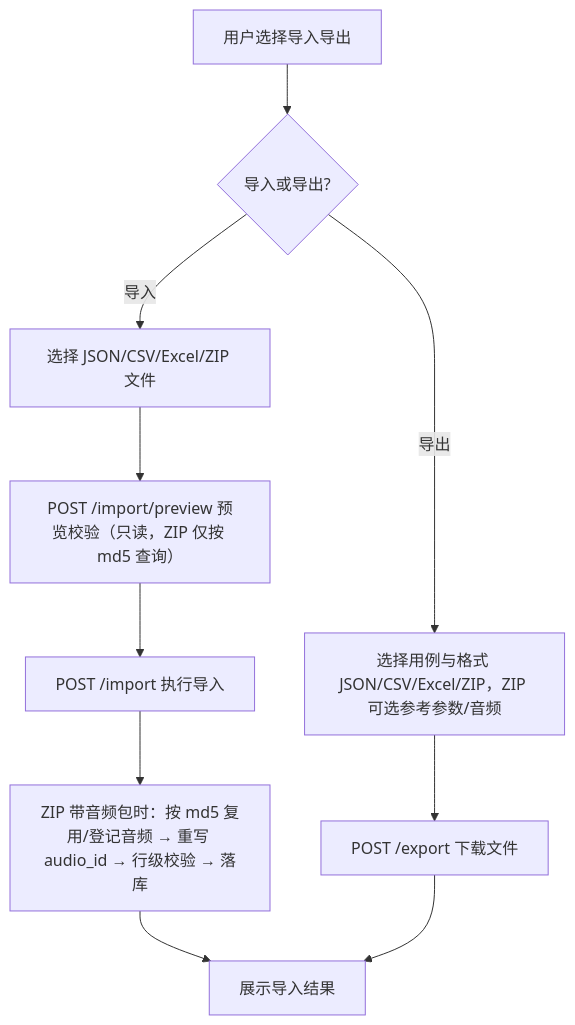
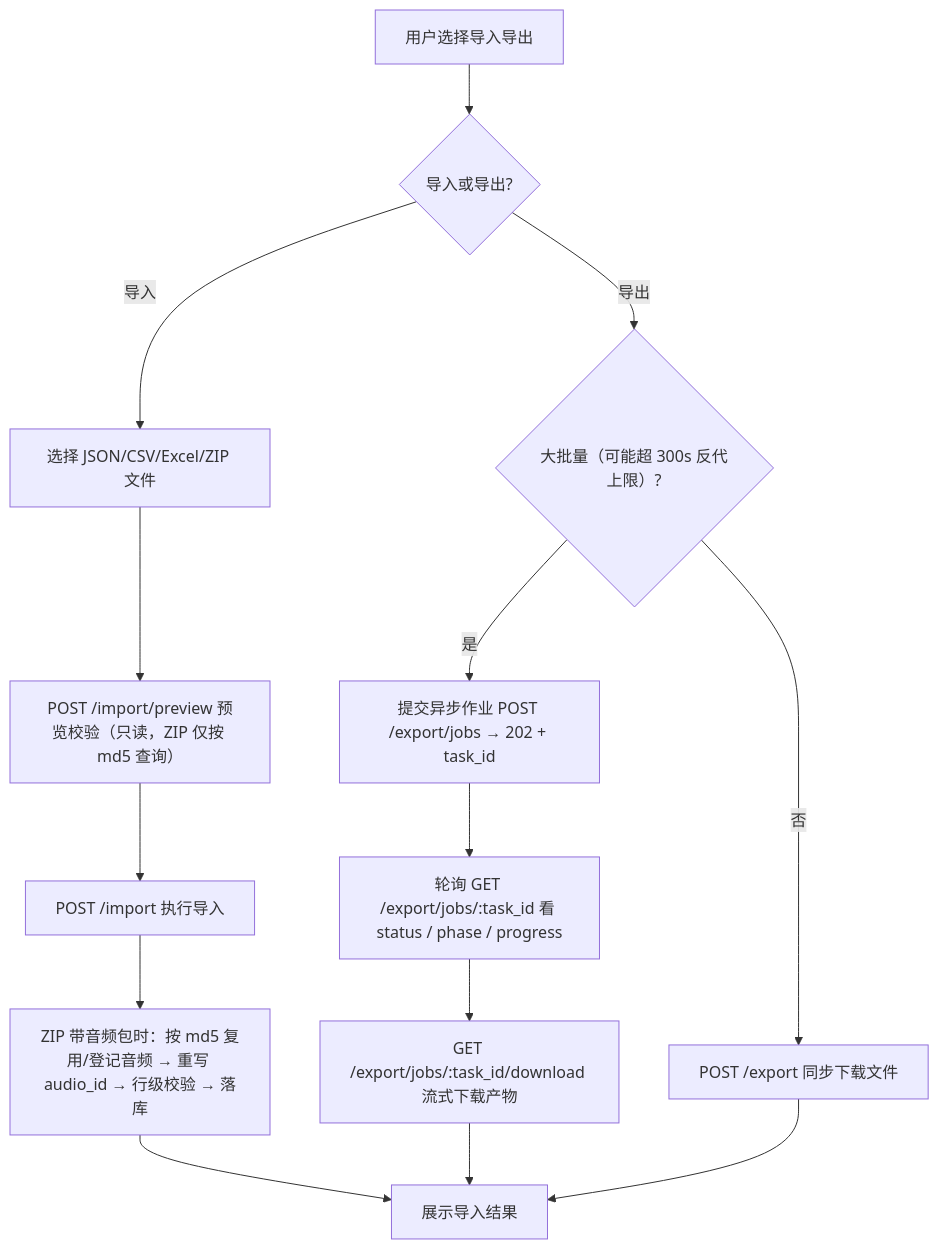
The third of 4 diagrams in Intelligent-Audio-TEST/doc/功能设计文档/07_用例管理/用例管理功能设计文档.md (ydz-auto/intelligent_audio_test), drawn with Mermaid before and after one commit. The commit also changed other lines of this file, not shown here.

````diff
--- a/Intelligent-Audio-TEST/doc/功能设计文档/07_用例管理/用例管理功能设计文档.md
+++ b/Intelligent-Audio-TEST/doc/功能设计文档/07_用例管理/用例管理功能设计文档.md
@@ -517,12 +531,16 @@
 ```mermaid
 flowchart TD
     A[用户选择导入导出] --> B{导入或导出?}
     B -->|导入| C[选择 JSON/CSV/Excel/ZIP 文件]
     C --> D[POST /import/preview 预览校验（只读，ZIP 仅按 md5 查询）]
     D --> E[POST /import 执行导入]
     E --> E2[ZIP 带音频包时：按 md5 复用/登记音频 → 重写 audio_id → 行级校验 → 落库]
     E2 --> I[展示导入结果]
-    B -->|导出| F[选择用例与格式 JSON/CSV/Excel/ZIP，ZIP 可选参考参数/音频]
-    F --> G[POST /export 下载文件]
+    B -->|导出| F{大批量（可能超 300s 反代上限）?}
+    F -->|是| J[提交异步作业 POST /export/jobs → 202 + task_id]
+    J --> K[轮询 GET /export/jobs/:task_id 看 status / phase / progress]
+    K --> L[GET /export/jobs/:task_id/download 流式下载产物]
+    L --> I
+    F -->|否| G[POST /export 同步下载文件]
     G --> I
 ```
````
